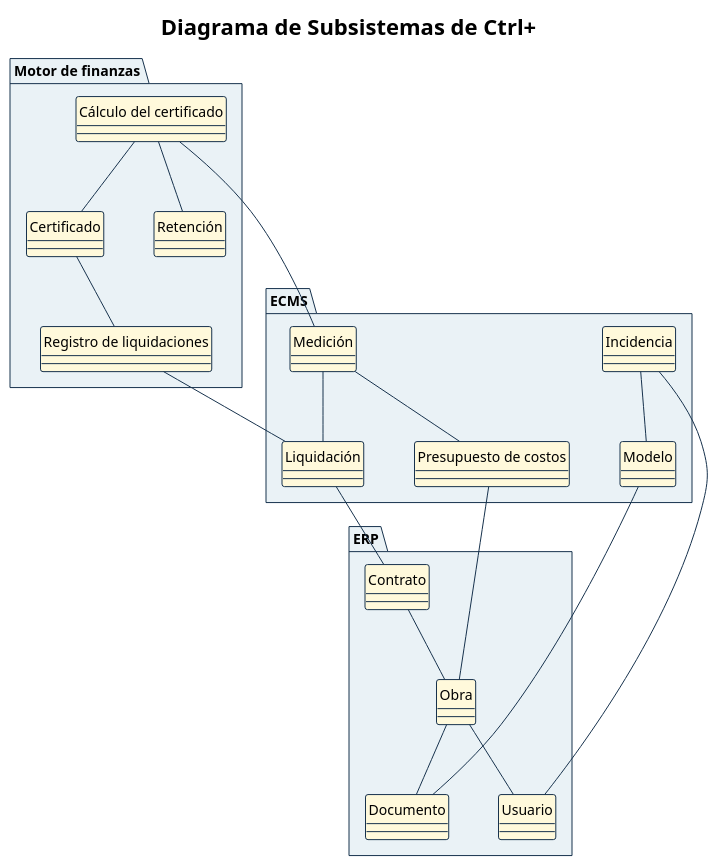
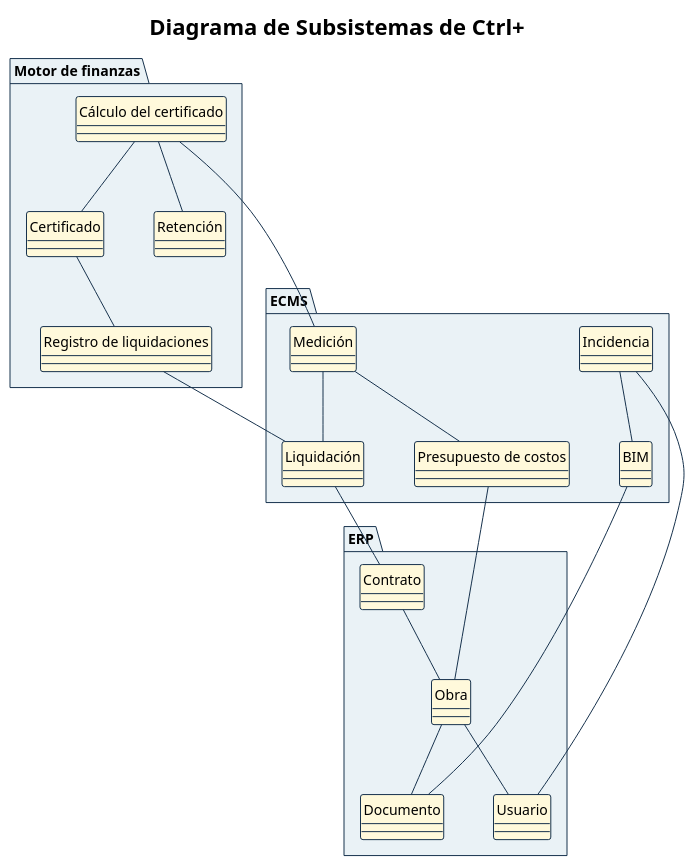
Before and after one commit to Ssrrb/tpf-uca: the diagram in diagramas/CU-00-paquetes.puml, drawn with PlantUML.

Commit message:
Renombrar clase Modelo a BIM en diagrama de subsistemas
Claude-Session: https://claude.ai/code/session_01SsyG3wUJjJavC4bKm9ePMa

```diff
--- a/diagramas/CU-00-paquetes.puml
+++ b/diagramas/CU-00-paquetes.puml
@@ -1,87 +1,87 @@
 @startuml
 !theme plain
 skinparam style strictuml
 skinparam shadowing false
 skinparam defaultFontName Arial
 skinparam defaultFontSize 14
 skinparam ArrowColor #17324D
 skinparam activity {
   StartColor #17324D
   EndColor #17324D
   BarColor #17324D
   BackgroundColor #F5F8FA
   BorderColor #17324D
   DiamondBackgroundColor #EAF2F6
   DiamondBorderColor #17324D
 }
 skinparam swimlane {
   BorderColor #17324D
   TitleBackgroundColor #EAF2F6
 }
 skinparam state {
   StartColor #17324D
   EndColor #17324D
   BackgroundColor #F5F8FA
   BorderColor #17324D
 }
 skinparam package {
   BackgroundColor #EAF2F6
   BorderColor #17324D
 }
 skinparam note {
   BackgroundColor #FFFFFF
   BorderColor #17324D
 }
 title Diagrama de Subsistemas de Ctrl+
 skinparam nodesep 50
 skinparam ranksep 70
 skinparam package {
   BackgroundColor #EAF2F6
   BorderColor #17324D
 }
 
 
 show circle
 skinparam classBackgroundColor #FFF9DB
 skinparam classBorderColor #17324D
 
 package "Motor de finanzas" {
   class "Cálculo del certificado" as CalculoCertificado
   class "Certificado" as Certificado
   class "Registro de liquidaciones" as RegistroLiquidacion
   class "Retención" as Retencion
 }
 
 package "ECMS" {
   class "Medición" as Medicion
   class "Liquidación" as Liquidacion
   class "Presupuesto de costos" as PresupuestoCostos
   class "Incidencia" as Incidencia
-  class "Modelo" as Modelo
+  class "BIM" as Modelo
 }
 
 package "ERP" {
   class "Contrato" as Contrato
   class "Obra" as Obra
   class "Usuario" as Usuario
   class "Documento" as Documento
 }
 
 CalculoCertificado -- Certificado
 CalculoCertificado -- Retencion
 Certificado -- RegistroLiquidacion
 Medicion -- Liquidacion
 Medicion -- PresupuestoCostos
 Incidencia -- Modelo
 Contrato -- Obra
 Obra -- Usuario
 Obra -- Documento
 
 CalculoCertificado -- Medicion
 RegistroLiquidacion -- Liquidacion
 Liquidacion -- Contrato
 PresupuestoCostos -- Obra
 Incidencia -- Usuario
 Modelo -- Documento
 
 @enduml
```
